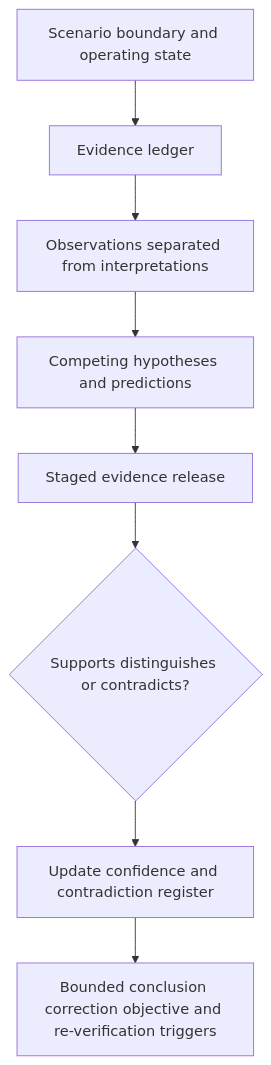
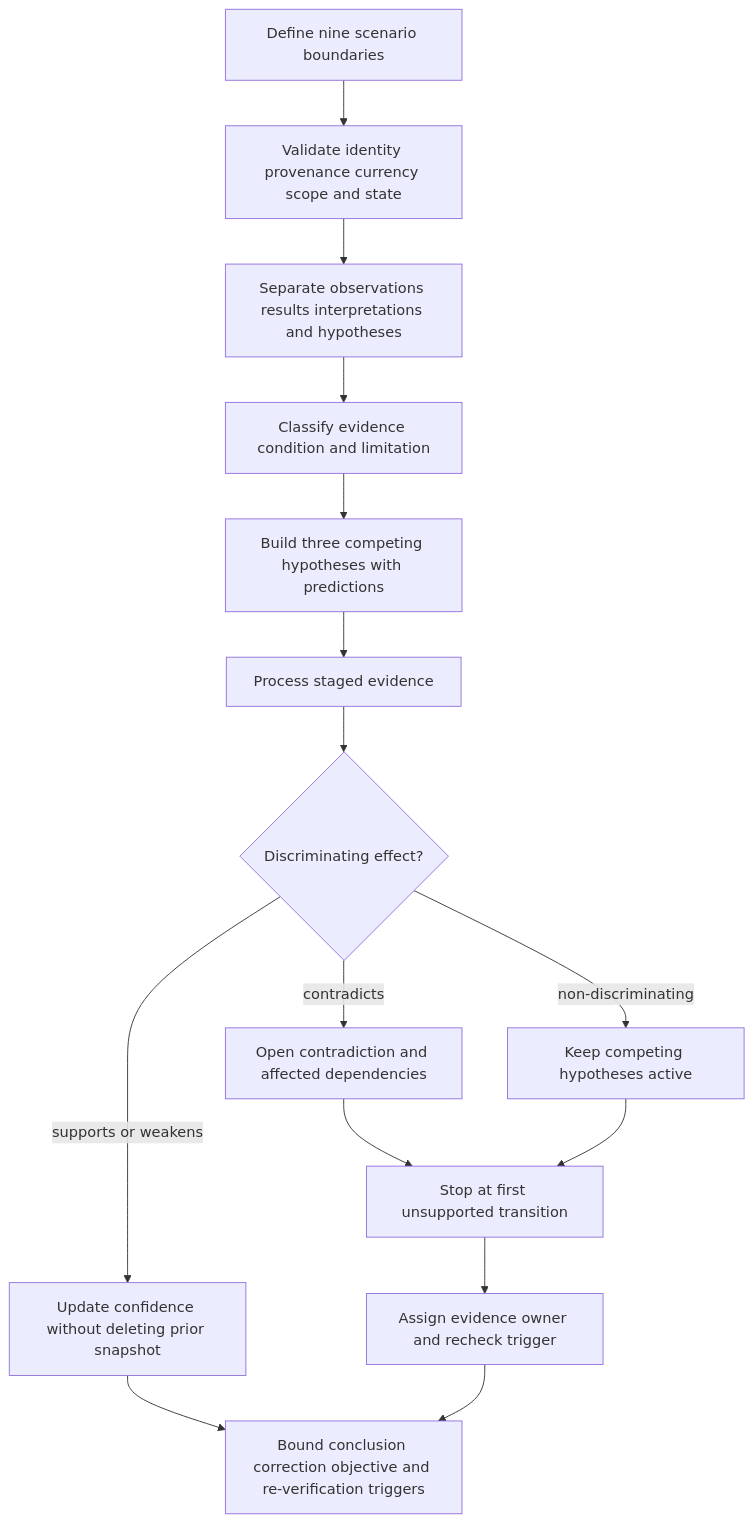
The first of 2 diagrams in docs/learning-plans/12-week/modules/day-81-staged-inspection-verification-and-fault-reasoning-mock-assessment.md (andrew3stedall/capstone), drawn with Mermaid before and after one commit. The commit also changed other lines of this file, not shown here.

Commit message:
Improve Day 81 staged inspection and fault reasoning mock

````diff
--- a/docs/learning-plans/12-week/modules/day-81-staged-inspection-verification-and-fault-reasoning-mock-assessment.md
+++ b/docs/learning-plans/12-week/modules/day-81-staged-inspection-verification-and-fault-reasoning-mock-assessment.md
@@ -70,10 +120,17 @@
 ```mermaid
 flowchart TD
-  A[Scenario boundary and operating state] --> B[Evidence ledger]
-  B --> C[Observations separated from interpretations]
-  C --> D[Competing hypotheses and predictions]
-  D --> E[Staged evidence release]
-  E --> F{Supports distinguishes or contradicts?}
-  F --> G[Update confidence and contradiction register]
-  G --> H[Bounded conclusion correction objective and re-verification triggers]
+  A[Define nine scenario boundaries] --> B[Validate identity provenance currency scope and state]
+  B --> C[Separate observations results interpretations and hypotheses]
+  C --> D[Classify evidence condition and limitation]
+  D --> E[Build three competing hypotheses with predictions]
+  E --> F[Process staged evidence]
+  F --> G{Discriminating effect?}
+  G -->|supports or weakens| H[Update confidence without deleting prior snapshot]
+  G -->|contradicts| I[Open contradiction and affected dependencies]
+  G -->|non-discriminating| J[Keep competing hypotheses active]
+  H --> K[Bound conclusion correction objective and re-verification triggers]
+  I --> L[Stop at first unsupported transition]
+  J --> L
+  L --> M[Assign evidence owner and recheck trigger]
+  M --> K
 ```
````
